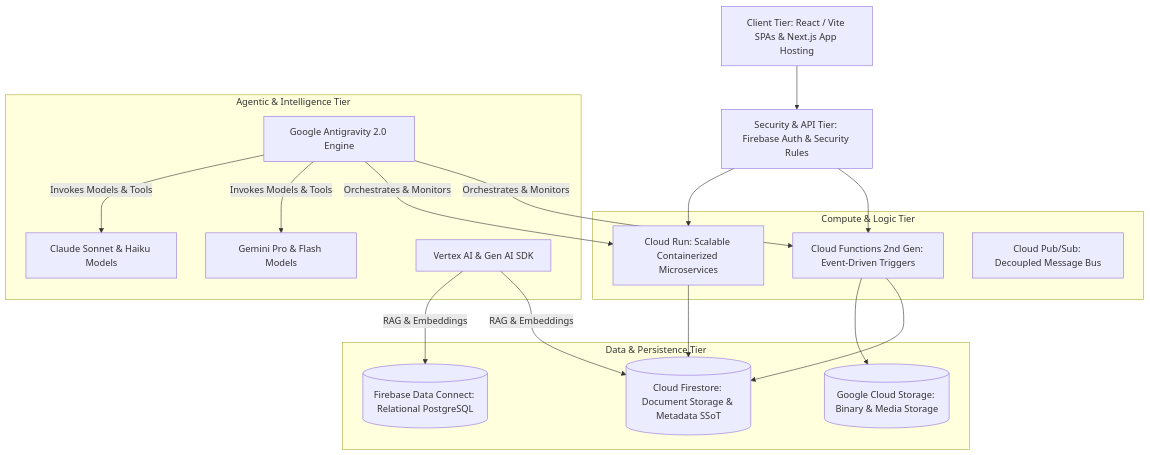
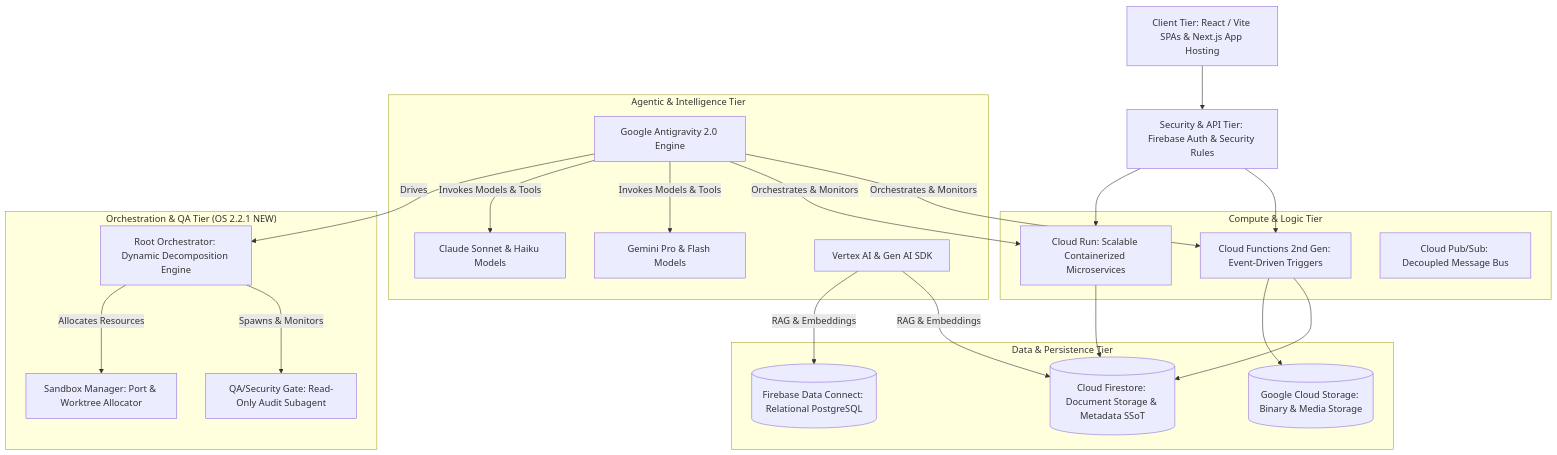
The first of 5 diagrams in AGENTIC_ENGINEERING_STANDARD.md (9mauro9/academy-library), drawn with Mermaid before and after one commit. The commit also changed other lines of this file and 19 other files, not shown here.

First line of the commit message:
feat(i18n): implement multilingual system and dynamic subagent standards

````diff
--- a/AGENTIC_ENGINEERING_STANDARD.md
+++ b/AGENTIC_ENGINEERING_STANDARD.md
@@ -36,35 +37,44 @@
 ```mermaid
 graph TD
     Client["Client Tier: React / Vite SPAs & Next.js App Hosting"] --> Gate["Security & API Tier: Firebase Auth & Security Rules"]
 
     subgraph "Data & Persistence Tier"
         FS[("Cloud Firestore: Document Storage & Metadata SSoT")]
         DC[("Firebase Data Connect: Relational PostgreSQL")]
         GCS[("Google Cloud Storage: Binary & Media Storage")]
     end
 
     subgraph "Compute & Logic Tier"
         CF["Cloud Functions 2nd Gen: Event-Driven Triggers"]
         CR["Cloud Run: Scalable Containerized Microservices"]
         PS["Cloud Pub/Sub: Decoupled Message Bus"]
     end
 
     subgraph "Agentic & Intelligence Tier"
         AGY["Google Antigravity 2.0 Engine"]
         Gemini["Gemini Pro & Flash Models"]
         Claude["Claude Sonnet & Haiku Models"]
         Vertex["Vertex AI & Gen AI SDK"]
     end
 
+    subgraph "Orchestration & QA Tier (OS 2.2.1 NEW)"
+        Orch["Root Orchestrator: Dynamic Decomposition Engine"]
+        QA["QA/Security Gate: Read-Only Audit Subagent"]
+        Sand["Sandbox Manager: Port & Worktree Allocator"]
+    end
+
     Gate --> CF
     Gate --> CR
     CF --> FS
     CF --> GCS
     CR --> FS
-    AGY -->|"Orchestrates & Monitors"| CF
-    AGY -->|"Orchestrates & Monitors"| CR
-    AGY -->|"Invokes Models & Tools"| Gemini
-    AGY -->|"Invokes Models & Tools"| Claude
-    Vertex -->|"RAG & Embeddings"| FS
-    Vertex -->|"RAG & Embeddings"| DC
+    AGY --> |"Orchestrates & Monitors"| CF
+    AGY --> |"Orchestrates & Monitors"| CR
+    AGY --> |"Invokes Models & Tools"| Gemini
+    AGY --> |"Invokes Models & Tools"| Claude
+    Vertex --> |"RAG & Embeddings"| FS
+    Vertex --> |"RAG & Embeddings"| DC
+    Orch --> |"Spawns & Monitors"| QA
+    Orch --> |"Allocates Resources"| Sand
+    AGY --> |"Drives"| Orch
 ```
````
